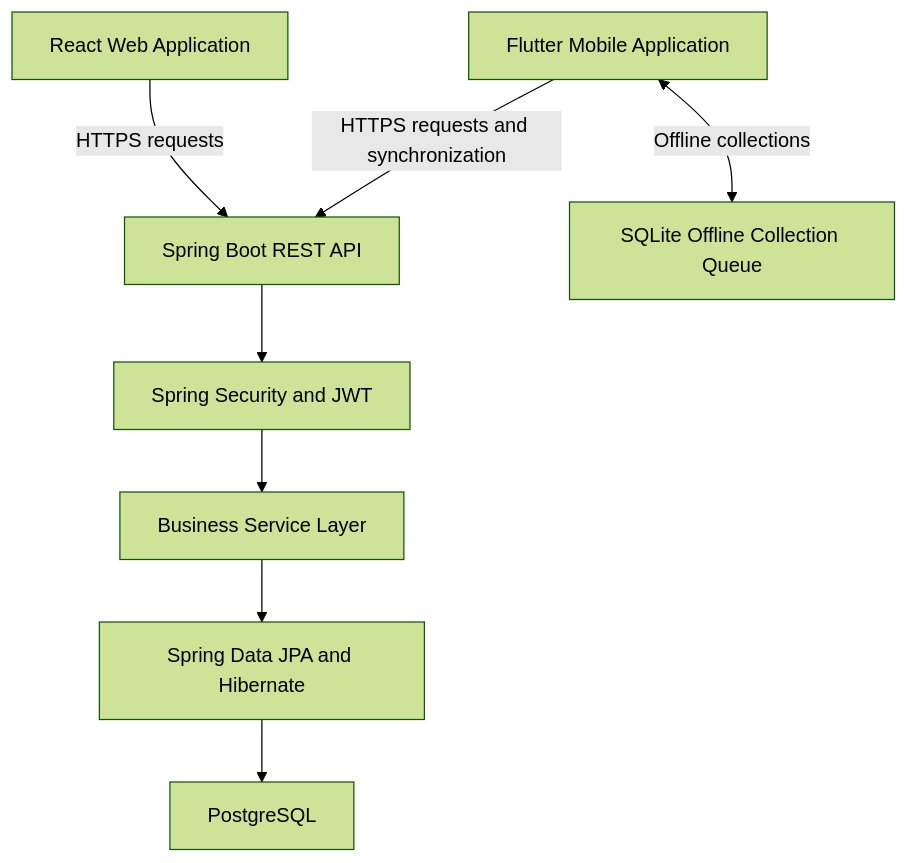
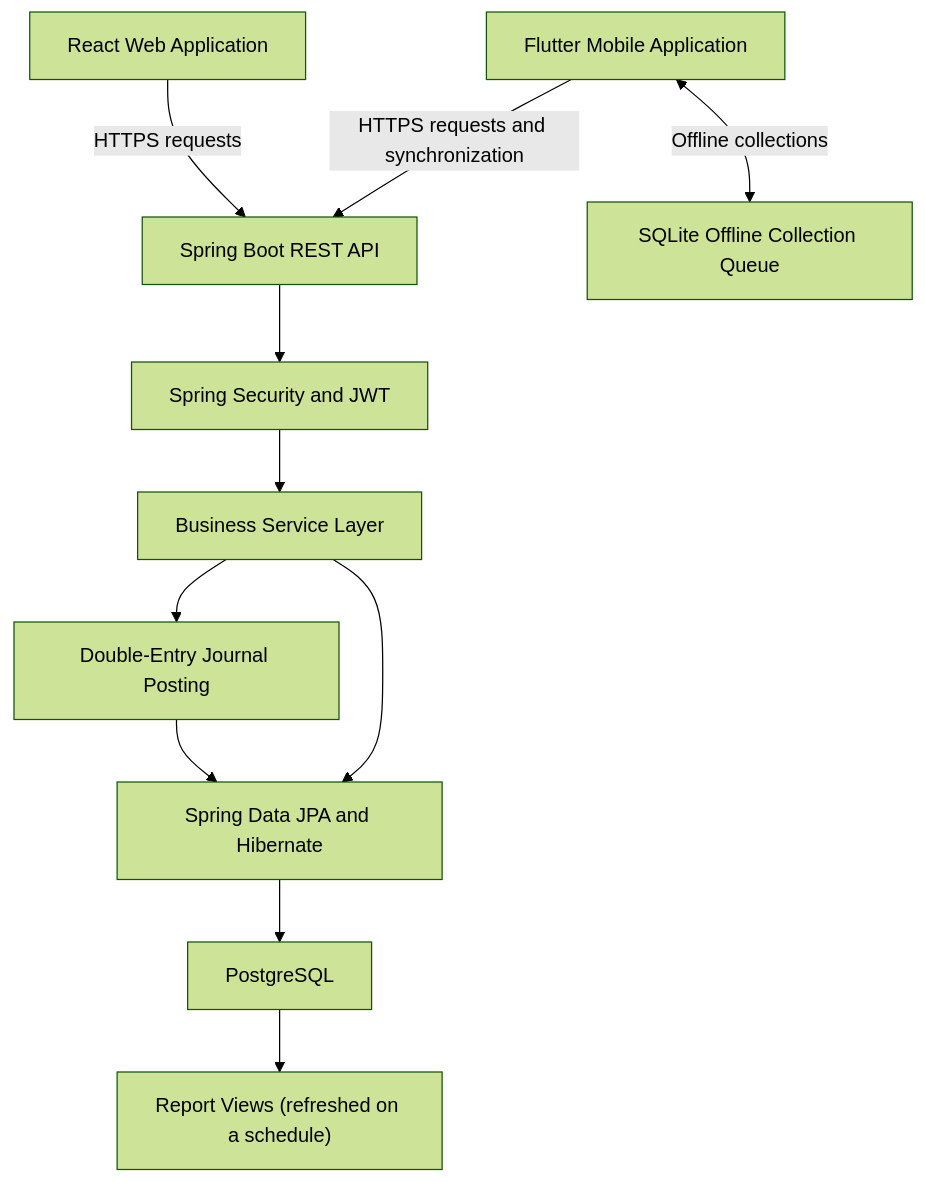
One commit to sathiyaseelanm/finance-collection-management-case-study changed the diagram in README.md. Above: the diagram before and after it, drawn with Mermaid (forest theme). The commit also changed other lines of this file and 5 other files, not shown here.

````diff
--- a/README.md
+++ b/README.md
@@ -80,19 +102,24 @@
 ```mermaid
 flowchart TD
     Web["React Web Application"]
     Mobile["Flutter Mobile Application"]
     Local["SQLite Offline Collection Queue"]
     API["Spring Boot REST API"]
     Security["Spring Security and JWT"]
     Services["Business Service Layer"]
+    Accounting["Double-Entry Journal Posting"]
     Persistence["Spring Data JPA and Hibernate"]
     DB["PostgreSQL"]
+    Reports["Report Views (refreshed on a schedule)"]
 
     Web -->|"HTTPS requests"| API
     Mobile -->|"HTTPS requests and synchronization"| API
     Mobile <-->|"Offline collections"| Local
     API --> Security
     Security --> Services
+    Services --> Accounting
     Services --> Persistence
+    Accounting --> Persistence
     Persistence --> DB
+    DB --> Reports
 ```
````
